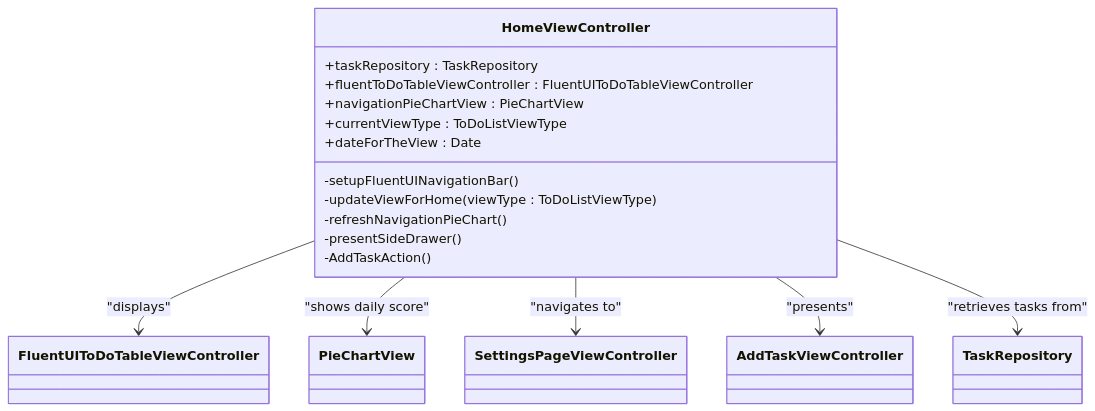
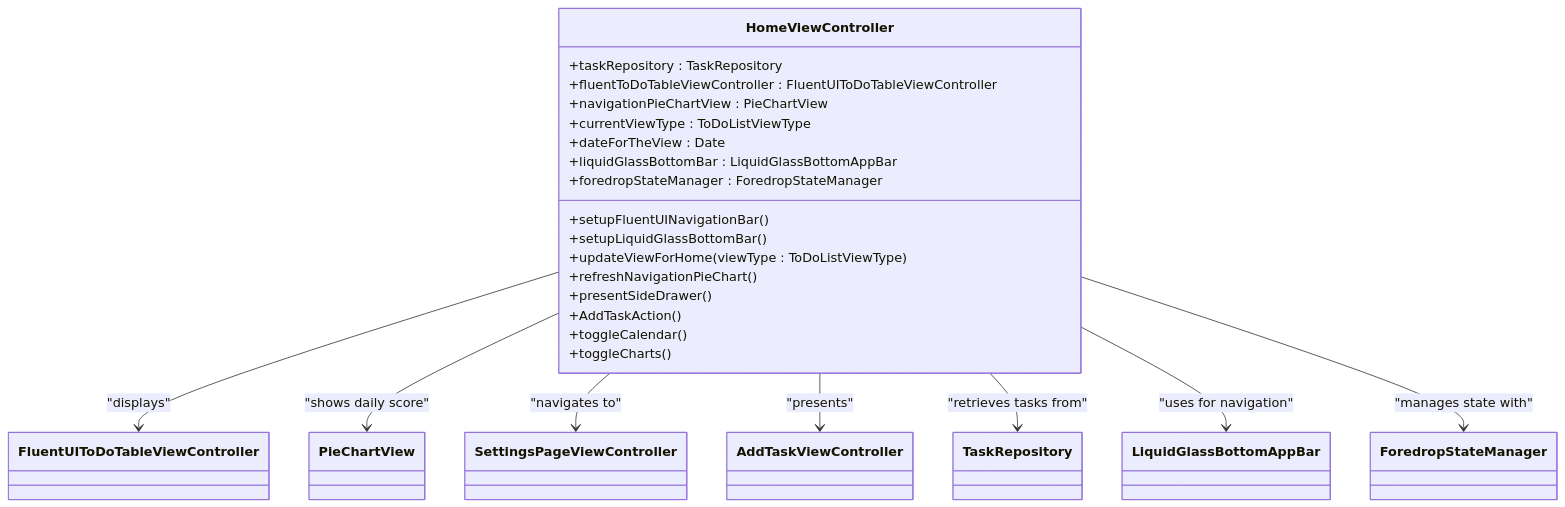
One commit to Saransh-Sharma/Tasker changed the first of 4 diagrams in .qoder/repowiki/en/content/User Interface Architecture/User Interface Architecture.md. Above: the diagram before and after it, drawn with Mermaid. The commit also changed other lines of this file and 115 other files, not shown here.

````diff
--- a/.qoder/repowiki/en/content/User Interface Architecture/User Interface Architecture.md
+++ b/.qoder/repowiki/en/content/User Interface Architecture/User Interface Architecture.md
@@ -50,20 +60,27 @@
 ```mermaid
 classDiagram
 class HomeViewController {
 +taskRepository : TaskRepository
 +fluentToDoTableViewController : FluentUIToDoTableViewController
 +navigationPieChartView : PieChartView
 +currentViewType : ToDoListViewType
 +dateForTheView : Date
--setupFluentUINavigationBar()
--updateViewForHome(viewType : ToDoListViewType)
--refreshNavigationPieChart()
--presentSideDrawer()
--AddTaskAction()
++liquidGlassBottomBar : LiquidGlassBottomAppBar
++foredropStateManager : ForedropStateManager
++setupFluentUINavigationBar()
++setupLiquidGlassBottomBar()
++updateViewForHome(viewType : ToDoListViewType)
++refreshNavigationPieChart()
++presentSideDrawer()
++AddTaskAction()
++toggleCalendar()
++toggleCharts()
 }
 HomeViewController --> FluentUIToDoTableViewController : "displays"
 HomeViewController --> PieChartView : "shows daily score"
 HomeViewController --> SettingsPageViewController : "navigates to"
 HomeViewController --> AddTaskViewController : "presents"
 HomeViewController --> TaskRepository : "retrieves tasks from"
+HomeViewController --> LiquidGlassBottomAppBar : "uses for navigation"
+HomeViewController --> ForedropStateManager : "manages state with"
 ```
````
